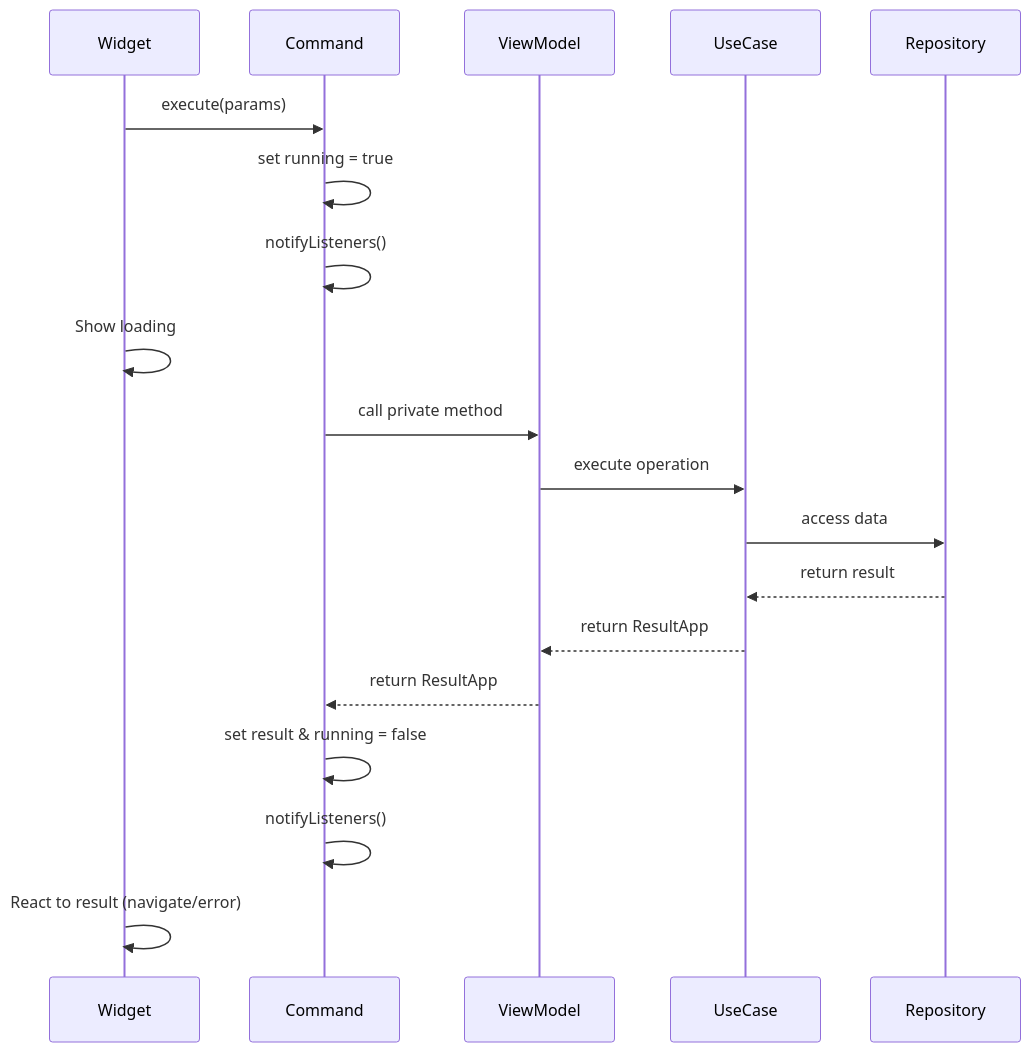
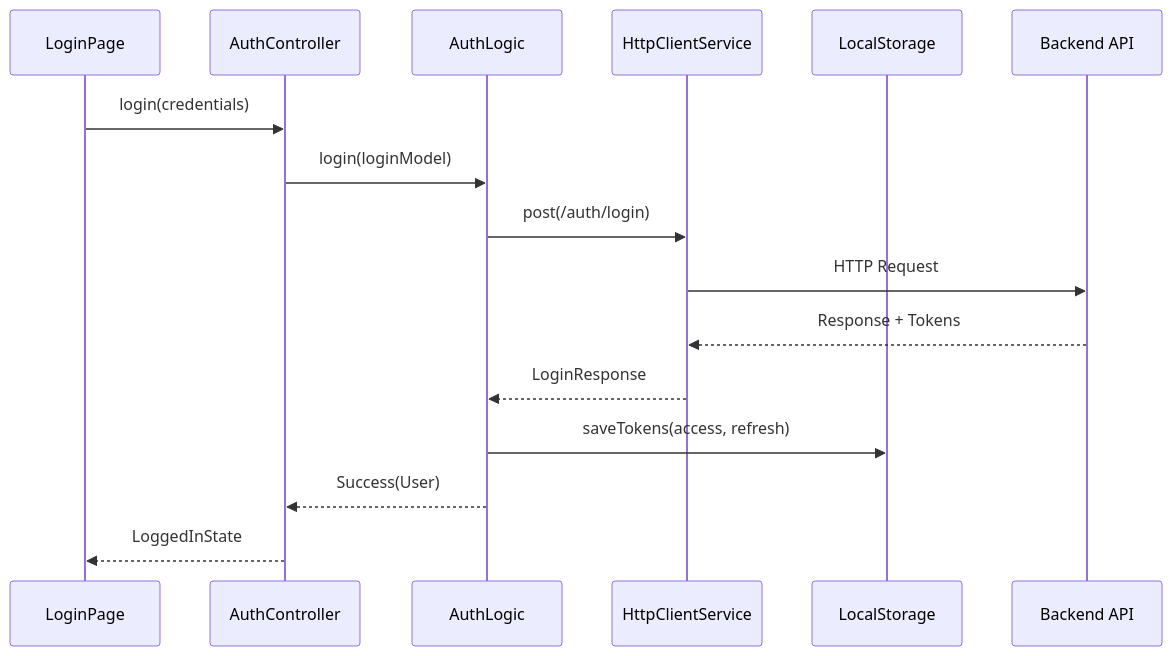
One commit to LukGaming/app_architecture_ai_driven changed the first of 2 diagrams in ARCHITECTURE.md. Above: the diagram before and after it, drawn with Mermaid. The commit also changed other lines of this file, not shown here.

Commit message:
Arrumando Architecture

````diff
--- a/ARCHITECTURE.md
+++ b/ARCHITECTURE.md
@@ -524,22 +252,19 @@
 ```mermaid
 sequenceDiagram
-    participant UI as Widget
-    participant CMD as Command
-    participant VM as ViewModel
-    participant UC as UseCase
-    participant REPO as Repository
-    
-    UI->>CMD: execute(params)
-    CMD->>CMD: set running = true
-    CMD->>CMD: notifyListeners()
-    UI->>UI: Show loading
-    CMD->>VM: call private method
-    VM->>UC: execute operation
-    UC->>REPO: access data
-    REPO-->>UC: return result
-    UC-->>VM: return ResultApp
-    VM-->>CMD: return ResultApp
-    CMD->>CMD: set result & running = false
-    CMD->>CMD: notifyListeners()
-    UI->>UI: React to result (navigate/error)
+    participant UI as LoginPage
+    participant Controller as AuthController
+    participant Logic as AuthLogic
+    participant Service as HttpClientService
+    participant Storage as LocalStorage
+    participant API as Backend API
+
+    UI->>Controller: login(credentials)
+    Controller->>Logic: login(loginModel)
+    Logic->>Service: post(/auth/login)
+    Service->>API: HTTP Request
+    API-->>Service: Response + Tokens
+    Service-->>Logic: LoginResponse
+    Logic->>Storage: saveTokens(access, refresh)
+    Logic-->>Controller: Success(User)
+    Controller-->>UI: LoggedInState
 ```
````
